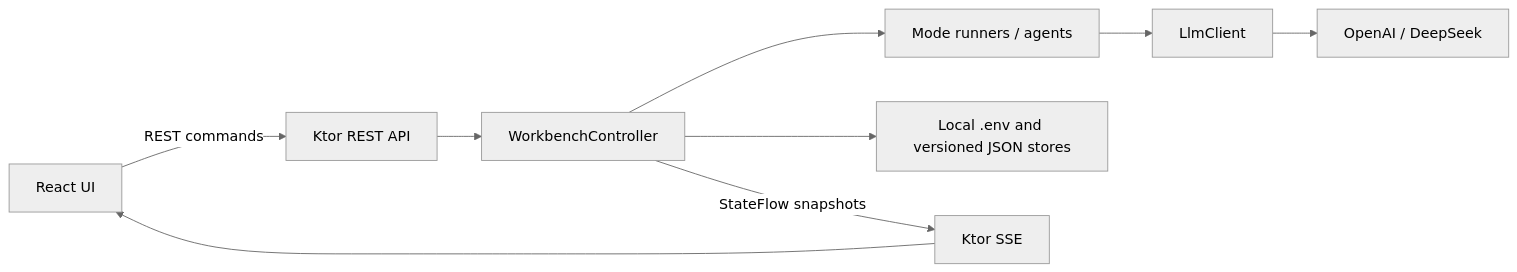
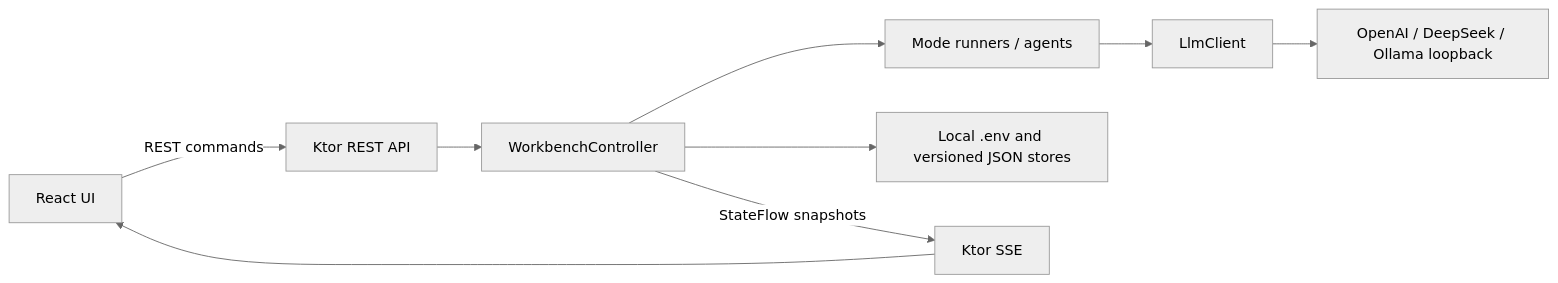
One commit to StefanSerkhir/AI-Advent-Challenge changed the first of 6 diagrams in docs/ARCHITECTURE.md. Above: the diagram before and after it, drawn with Mermaid (neutral theme). The commit also changed other lines of this file and 29 other files, not shown here.

````diff
--- a/docs/ARCHITECTURE.md
+++ b/docs/ARCHITECTURE.md
@@ -16,11 +16,11 @@
 ```mermaid
 flowchart LR
     UI[React UI] -->|REST commands| API[Ktor REST API]
     API --> Controller[WorkbenchController]
     Controller --> Runners[Mode runners / agents]
     Runners --> Client[LlmClient]
-    Client --> Providers[OpenAI / DeepSeek]
+    Client --> Providers[OpenAI / DeepSeek / Ollama loopback]
     Controller --> Stores[Local .env and versioned JSON stores]
     Controller -->|StateFlow snapshots| SSE[Ktor SSE]
     SSE --> UI
 ```
````
